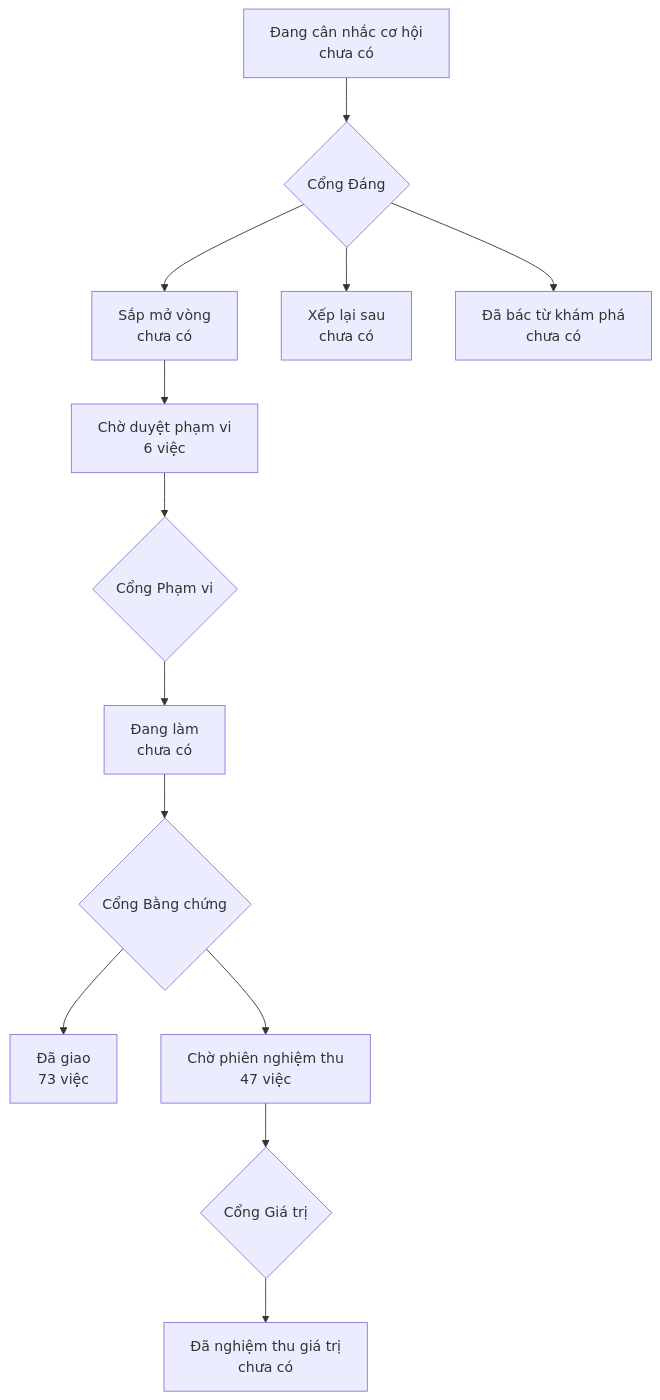
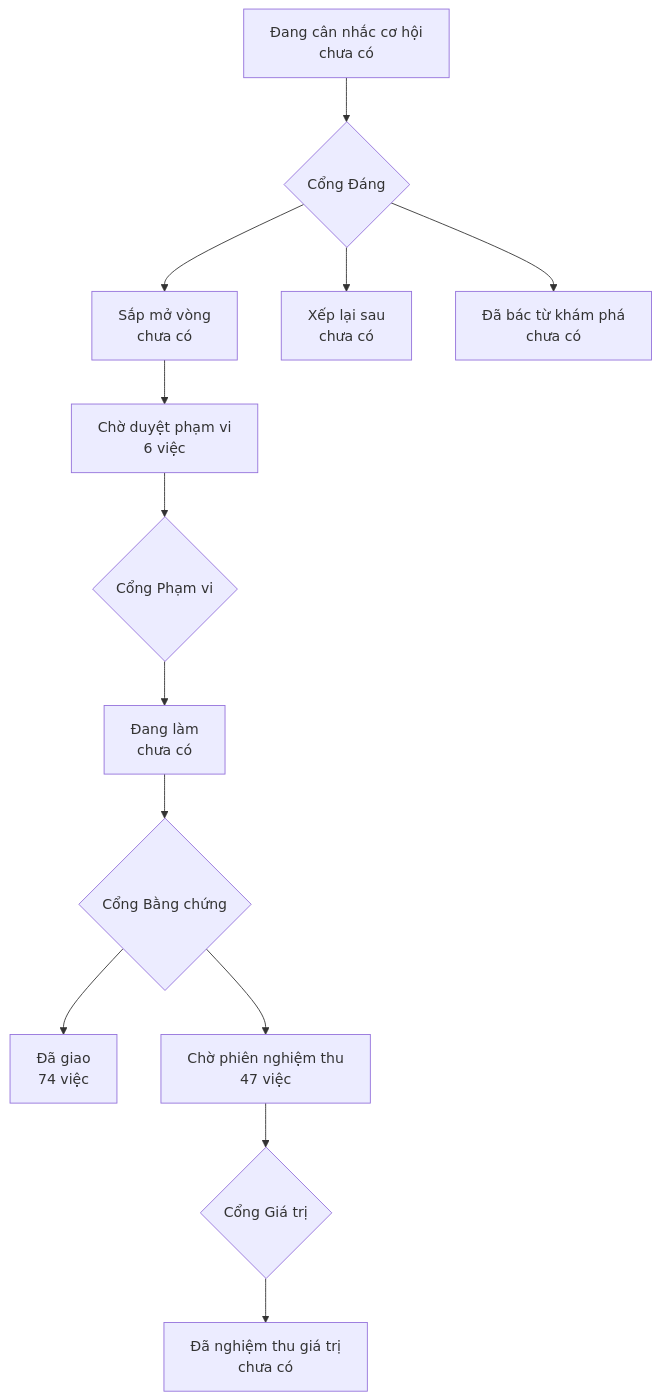
One commit to phanlemanh/onehub-invest changed the diagram in PRODUCT-MAP.md. Above: the diagram before and after it, drawn with Mermaid. The commit also changed other lines of this file and 4 other files, not shown here.

````diff
--- a/PRODUCT-MAP.md
+++ b/PRODUCT-MAP.md
@@ -7,12 +7,12 @@
 ```mermaid
 flowchart TD
   A["Đang cân nhắc cơ hội<br/>chưa có"] --> GD{"Cổng Đáng"}
   GD --> B["Sắp mở vòng<br/>chưa có"]
   GD --> XL["Xếp lại sau<br/>chưa có"]
   GD --> DB["Đã bác từ khám phá<br/>chưa có"]
   B --> CD["Chờ duyệt phạm vi<br/>6 việc"] --> GP{"Cổng Phạm vi"}
   GP --> DL["Đang làm<br/>chưa có"] --> GB{"Cổng Bằng chứng"}
-  GB --> DG["Đã giao<br/>73 việc"]
+  GB --> DG["Đã giao<br/>74 việc"]
   GB --> CN["Chờ phiên nghiệm thu<br/>47 việc"] --> GG{"Cổng Giá trị"}
   GG --> NT["Đã nghiệm thu giá trị<br/>chưa có"]
 ```
````
